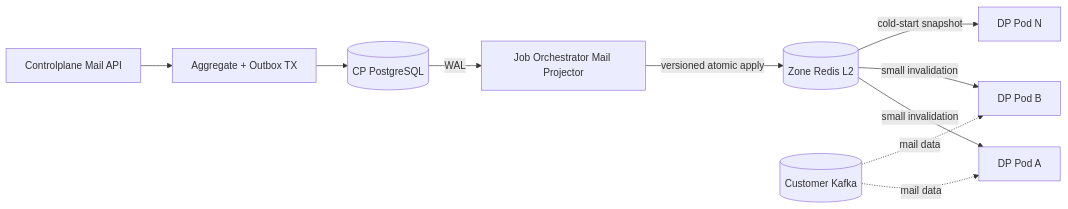
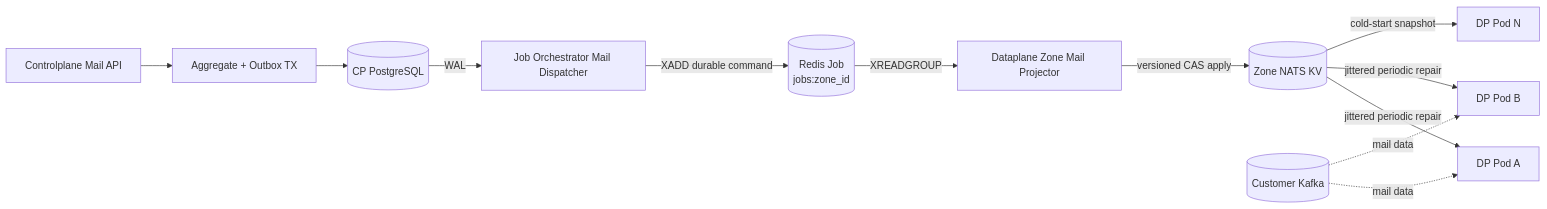
One commit to phucle996/aurora changed the first of 3 diagrams in god_view/mail/mail_configuration_projection_god_view.md. Above: the diagram before and after it, drawn with Mermaid. The commit also changed other lines of this file and 77 other files, not shown here.

Commit message:
feat: implement mail runtime health monitoring with zone KV lease management and projection tombstones

````diff
--- a/god_view/mail/mail_configuration_projection_god_view.md
+++ b/god_view/mail/mail_configuration_projection_god_view.md
@@ -23,13 +24,15 @@
 ```mermaid
 flowchart LR
     API[Controlplane Mail API] --> TX[Aggregate + Outbox TX]
     TX --> DB[(CP PostgreSQL)]
-    DB -->|WAL| JO[Job Orchestrator Mail Projector]
-    JO -->|versioned atomic apply| L2[(Zone Redis L2)]
-    L2 -->|small invalidation| DP1[DP Pod A]
-    L2 -->|small invalidation| DP2[DP Pod B]
+    DB -->|WAL| JO[Job Orchestrator Mail Dispatcher]
+    JO -->|XADD durable command| RJ[(Redis Job<br/>jobs:zone_id)]
+    RJ -->|XREADGROUP| ZP[Dataplane Zone Mail Projector]
+    ZP -->|versioned CAS apply| L2[(Zone NATS KV)]
+    L2 -->|jittered periodic repair| DP1[DP Pod A]
+    L2 -->|jittered periodic repair| DP2[DP Pod B]
     L2 -->|cold-start snapshot| DPN[DP Pod N]
 
     K[(Customer Kafka)] -. mail data .-> DP1
     K -. mail data .-> DP2
 ```
````
